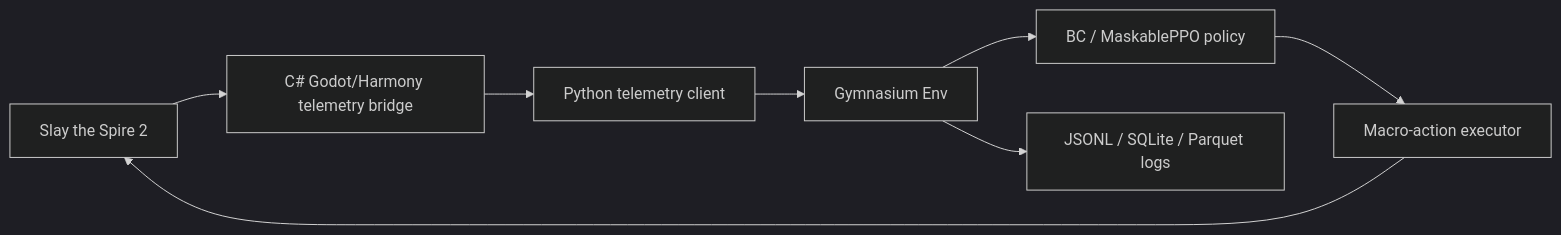
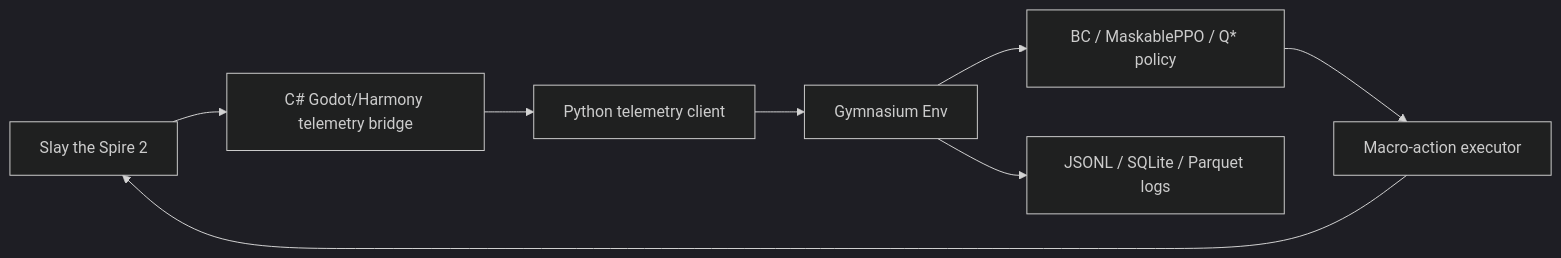
One commit to samsepi0l-1337/Slay_The_Spire_2_TAS changed the diagram in docs/architecture.md. Above: the diagram before and after it, drawn with Mermaid (dark theme). The commit also changed other lines of this file and 13 other files, not shown here.

````diff
--- a/docs/architecture.md
+++ b/docs/architecture.md
@@ -19,18 +19,18 @@
 ```mermaid
 flowchart LR
     Game["Slay the Spire 2"]
     Bridge["C# Godot/Harmony telemetry bridge"]
     Client["Python telemetry client"]
     Env["Gymnasium Env"]
-    Policy["BC / MaskablePPO policy"]
+    Policy["BC / MaskablePPO / Q* policy"]
     Executor["Macro-action executor"]
     Logs["JSONL / SQLite / Parquet logs"]
 
     Game --> Bridge
     Bridge --> Client
     Client --> Env
     Env --> Policy
     Policy --> Executor
     Executor --> Game
     Env --> Logs
 ```
````
